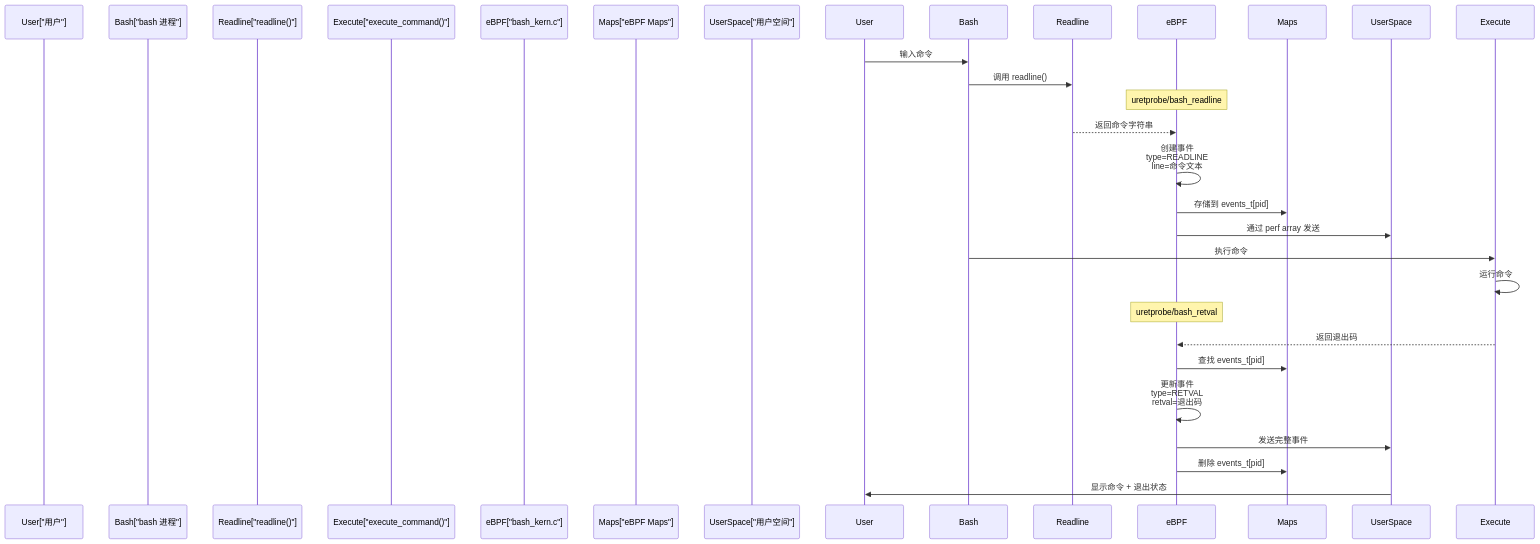
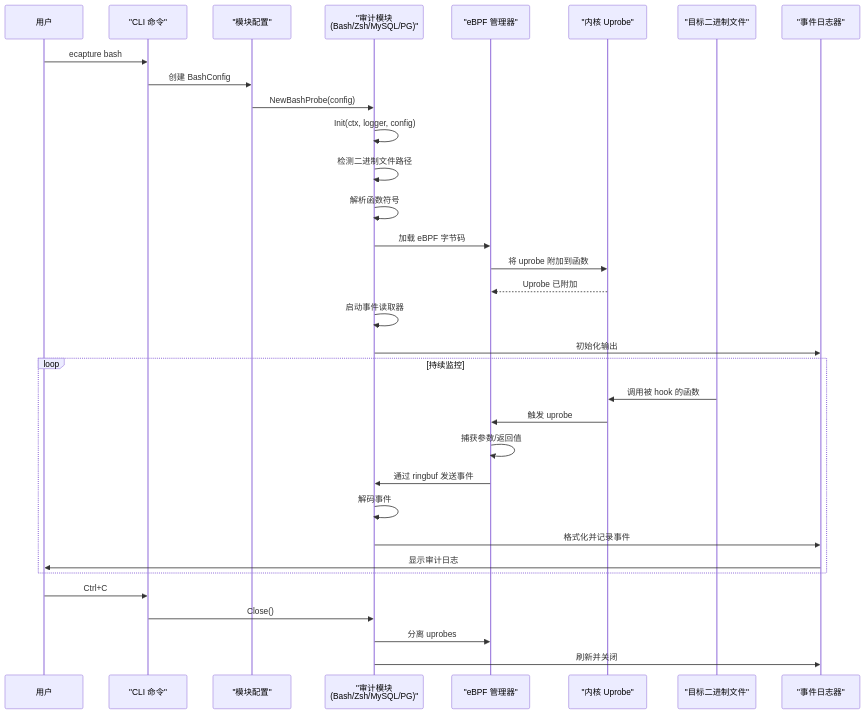
Before and after one commit to gojue/ecapture.cc: the second of 3 diagrams in src/zh/3-capture-modules/3.2-system-audit-modules.md, drawn with Mermaid. The commit also changed other lines of this file and 115 other files, not shown here.

````diff
--- a/src/zh/3-capture-modules/3.2-system-audit-modules.md
+++ b/src/zh/3-capture-modules/3.2-system-audit-modules.md
@@ -123,31 +246,41 @@
 ```mermaid
 sequenceDiagram
-    participant User["用户"]
-    participant Bash["bash 进程"]
-    participant Readline["readline()"]
-    participant Execute["execute_command()"]
-    participant eBPF["bash_kern.c"]
-    participant Maps["eBPF Maps"]
-    participant UserSpace["用户空间"]
+    participant User as 用户
+    participant CLI as "CLI 命令"
+    participant Config as "模块配置"
+    participant Module as "审计模块<br/>(Bash/Zsh/MySQL/PG)"
+    participant eBPF as "eBPF 管理器"
+    participant Kernel as "内核 Uprobe"
+    participant Target as "目标二进制文件"
+    participant Logger as "事件日志器"
     
-    User->>Bash: 输入命令
-    Bash->>Readline: 调用 readline()
+    User->>CLI: ecapture bash
+    CLI->>Config: 创建 BashConfig
+    Config->>Module: NewBashProbe(config)
     
-    Note over eBPF: uretprobe/bash_readline
-    Readline-->>eBPF: 返回命令字符串
-    eBPF->>eBPF: 创建事件<br/>type=READLINE<br/>line=命令文本
-    eBPF->>Maps: 存储到 events_t[pid]
-    eBPF->>UserSpace: 通过 perf array 发送
+    Module->>Module: Init(ctx, logger, config)
+    Module->>Module: 检测二进制文件路径
+    Module->>Module: 解析函数符号
     
-    Bash->>Execute: 执行命令
-    Execute->>Execute: 运行命令
+    Module->>eBPF: 加载 eBPF 字节码
+    eBPF->>Kernel: 将 uprobe 附加到函数
+    Kernel-->>eBPF: Uprobe 已附加
     
-    Note over eBPF: uretprobe/bash_retval
-    Execute-->>eBPF: 返回退出码
-    eBPF->>Maps: 查找 events_t[pid]
-    eBPF->>eBPF: 更新事件<br/>type=RETVAL<br/>retval=退出码
-    eBPF->>UserSpace: 发送完整事件
-    eBPF->>Maps: 删除 events_t[pid]
+    Module->>Module: 启动事件读取器
+    Module->>Logger: 初始化输出
     
-    UserSpace->>User: 显示命令 + 退出状态
+    loop 持续监控
+        Target->>Kernel: 调用被 hook 的函数
+        Kernel->>eBPF: 触发 uprobe
+        eBPF->>eBPF: 捕获参数/返回值
+        eBPF->>Module: 通过 ringbuf 发送事件
+        Module->>Module: 解码事件
+        Module->>Logger: 格式化并记录事件
+        Logger->>User: 显示审计日志
+    end
+    
+    User->>CLI: Ctrl+C
+    CLI->>Module: Close()
+    Module->>eBPF: 分离 uprobes
+    Module->>Logger: 刷新并关闭
 ```
````
